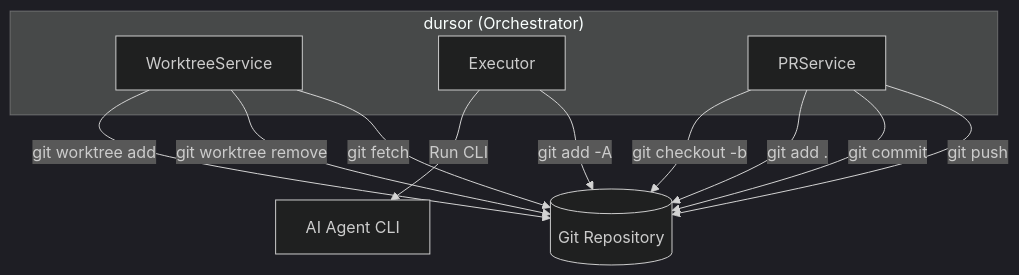
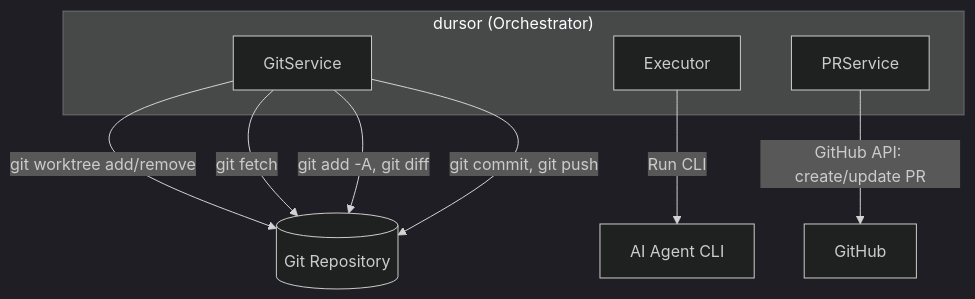
Before and after one commit to hampen2929/dursor: the first of 9 diagrams in docs/git_operation_design.md, drawn with Mermaid (dark theme). The commit also changed other lines of this file and 5 other files, not shown here.

````diff
--- a/docs/git_operation_design.md
+++ b/docs/git_operation_design.md
@@ -9,20 +9,17 @@
 ```mermaid
 graph TB
     subgraph dursor["dursor (Orchestrator)"]
-        WS[WorktreeService]
+        GS[GitService]
         EX[Executor]
         PR[PRService]
     end
     
-    WS -->|git worktree add| GIT[(Git Repository)]
-    WS -->|git worktree remove| GIT
-    WS -->|git fetch| GIT
+    GS -->|git worktree add/remove| GIT[(Git Repository)]
+    GS -->|git fetch| GIT
+    GS -->|git add -A, git diff| GIT
+    GS -->|git commit, git push| GIT
     
     EX -->|Run CLI| CLI[AI Agent CLI]
-    EX -->|git add -A| GIT
-    
-    PR -->|git checkout -b| GIT
-    PR -->|git add .| GIT
-    PR -->|git commit| GIT
-    PR -->|git push| GIT
+
+    PR -->|GitHub API: create/update PR| GH[GitHub]
 ```
````
